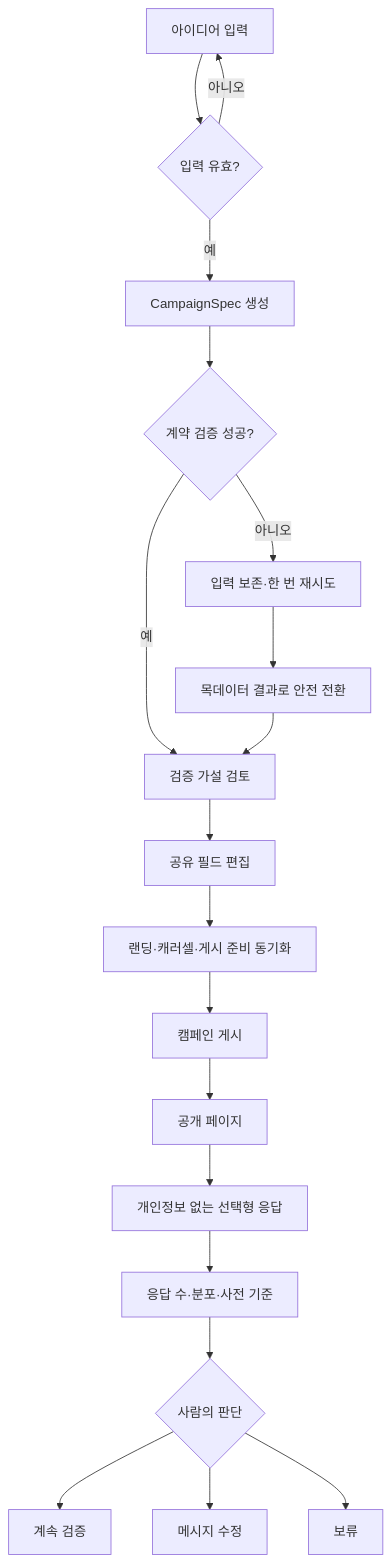
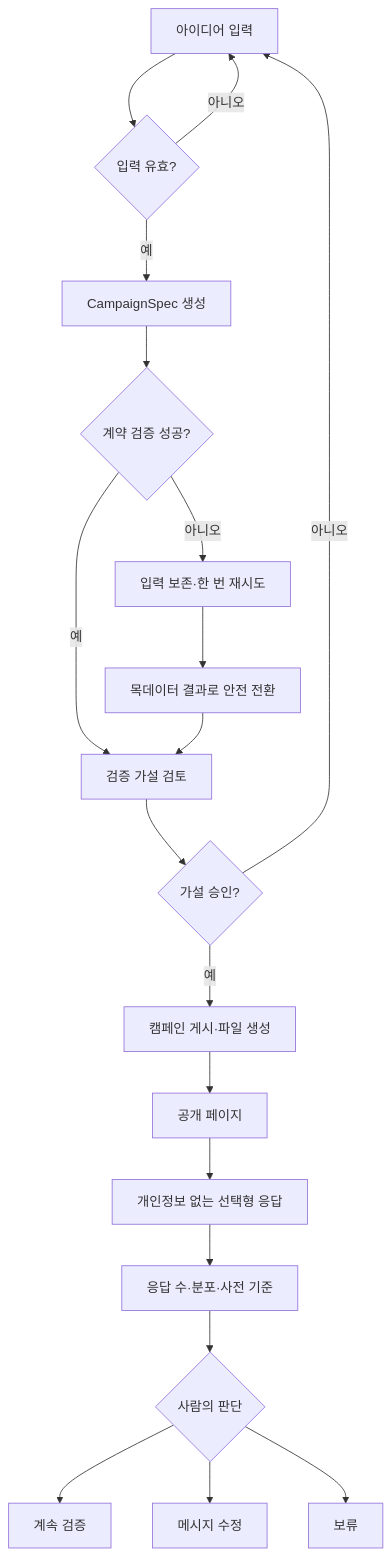
Before and after one commit to unithon26/marketvalley: the diagram in docs/user-flow-and-wireframes.md, drawn with Mermaid. The commit also changed other lines of this file and 15 other files, not shown here.

````diff
--- a/docs/user-flow-and-wireframes.md
+++ b/docs/user-flow-and-wireframes.md
@@ -38,21 +38,21 @@
 ```mermaid
 flowchart TD
     A[아이디어 입력] --> B{입력 유효?}
     B -- 아니오 --> A
     B -- 예 --> C[CampaignSpec 생성]
     C --> D{계약 검증 성공?}
     D -- 아니오 --> E[입력 보존·한 번 재시도]
     E --> F[목데이터 결과로 안전 전환]
     D -- 예 --> G[검증 가설 검토]
     F --> G
-    G --> H[공유 필드 편집]
-    H --> I[랜딩·캐러셀·게시 준비 동기화]
-    I --> J[캠페인 게시]
+    G --> H{가설 승인?}
+    H -- 아니오 --> A
+    H -- 예 --> J[캠페인 게시·파일 생성]
     J --> K[공개 페이지]
     K --> L[개인정보 없는 선택형 응답]
     L --> M[응답 수·분포·사전 기준]
     M --> N{사람의 판단}
     N --> O[계속 검증]
     N --> P[메시지 수정]
     N --> Q[보류]
 ```
````
